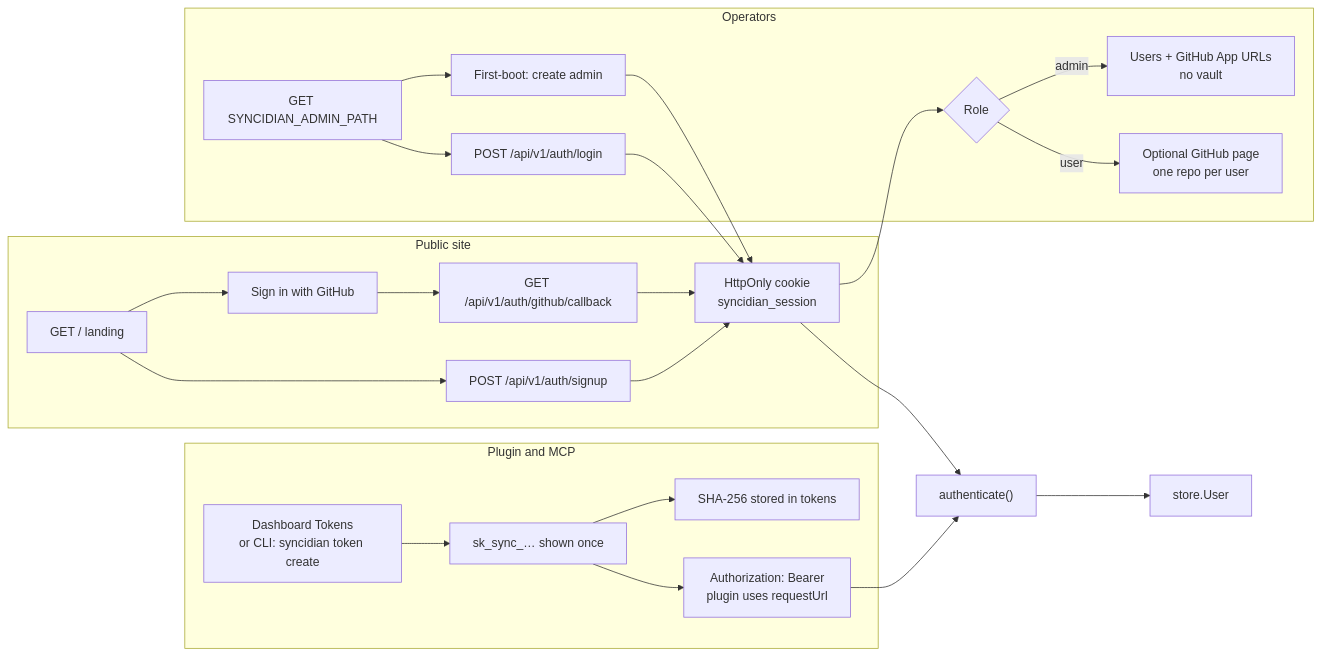
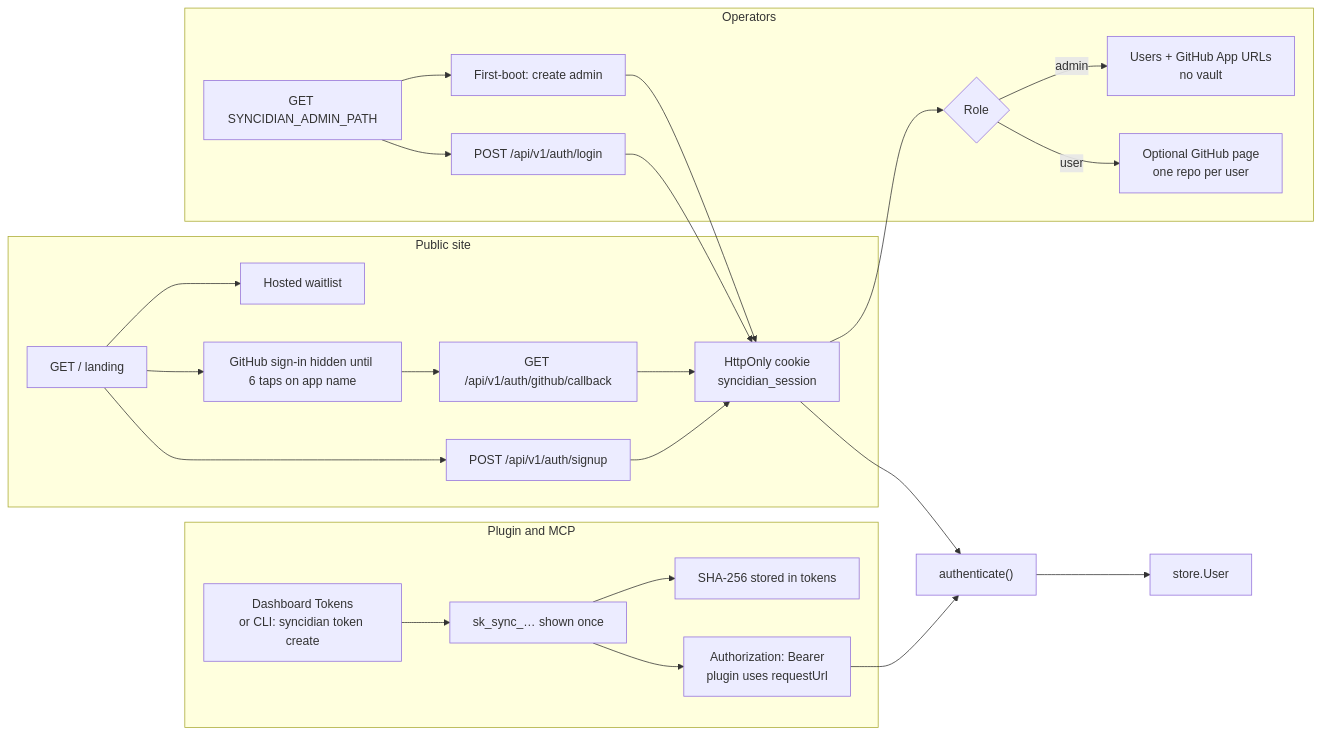
The ninth of 13 diagrams in docs/architecture.md (shangeethsivan/Syncidian), drawn with Mermaid before and after one commit. The commit also changed other lines of this file and 17 other files, not shown here.

First line of the commit message:
Hide hosted GitHub sign-in behind a six-tap reveal and email allowlist.

````diff
--- a/docs/architecture.md
+++ b/docs/architecture.md
@@ -320,30 +321,31 @@
 ```mermaid
 flowchart LR
   subgraph site [Public site]
-    Land["GET / landing"] --> GitHub["Sign in with GitHub"]
+    Land["GET / landing"] --> Wait["Hosted waitlist"]
+    Land --> GitHub["GitHub sign-in hidden until 6 taps on app name"]
     Land --> Email["POST /api/v1/auth/signup"]
     GitHub --> Callback["GET /api/v1/auth/github/callback"]
     Callback --> Cookie["HttpOnly cookie<br/>syncidian_session"]
     Email --> Cookie
   end
 
   subgraph admin [Operators]
     AdminUI["GET SYNCIDIAN_ADMIN_PATH"] --> Setup["First-boot: create admin"]
     AdminUI --> Login["POST /api/v1/auth/login"]
     Setup --> Cookie
     Login --> Cookie
     Cookie --> Split{"Role"}
     Split -->|"admin"| UsersOnly["Users + GitHub App URLs<br/>no vault"]
     Split -->|"user"| VaultUI["Optional GitHub page<br/>one repo per user"]
   end
 
   subgraph pluginAuth [Plugin and MCP]
     Tokens["Dashboard Tokens<br/>or CLI: syncidian token create"] --> Raw["sk_sync_… shown once"]
     Raw --> Hash["SHA-256 stored in tokens"]
     Raw --> Header["Authorization: Bearer<br/>plugin uses requestUrl"]
   end
 
   Cookie --> Authed["authenticate()"]
   Header --> Authed
   Authed --> User["store.User"]
 ```
````
